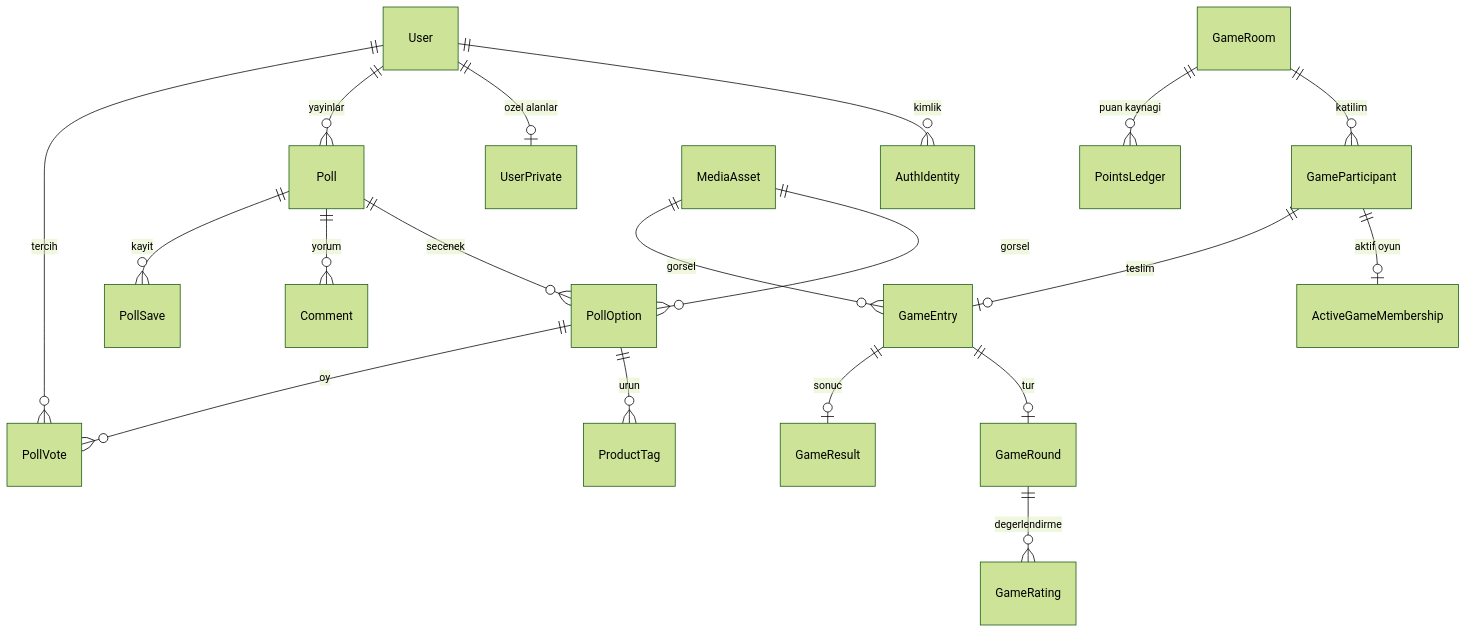
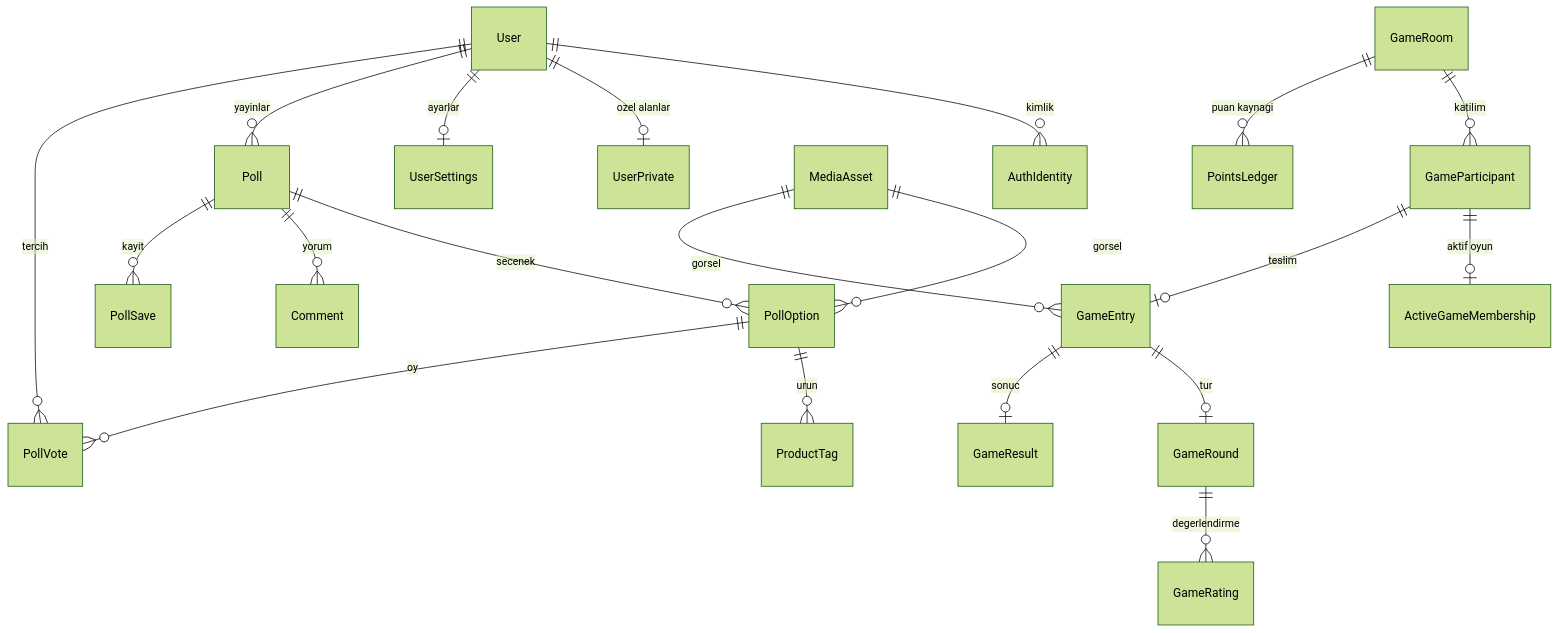
The diagram in docs/data-model.md (emrhnklc/Podyum), drawn with Mermaid (forest theme) before and after one commit. The commit also changed other lines of this file and 22 other files, not shown here.

Commit message:
Add user profiles, private analytics preferences and settings

````diff
--- a/docs/data-model.md
+++ b/docs/data-model.md
@@ -7,21 +7,22 @@
 ```mermaid
 erDiagram
     User ||--o{ AuthIdentity : "kimlik"
     User ||--o| UserPrivate : "ozel alanlar"
+    User ||--o| UserSettings : "ayarlar"
     User ||--o{ Poll : "yayinlar"
     User ||--o{ PollVote : "tercih"
     Poll ||--o{ PollOption : "secenek"
     PollOption ||--o{ ProductTag : "urun"
     PollOption ||--o{ PollVote : "oy"
     MediaAsset ||--o{ PollOption : "gorsel"
     Poll ||--o{ Comment : "yorum"
     Poll ||--o{ PollSave : "kayit"
     GameRoom ||--o{ GameParticipant : "katilim"
     GameParticipant ||--o| ActiveGameMembership : "aktif oyun"
     GameParticipant ||--o| GameEntry : "teslim"
     MediaAsset ||--o{ GameEntry : "gorsel"
     GameEntry ||--o| GameRound : "tur"
     GameRound ||--o{ GameRating : "degerlendirme"
     GameEntry ||--o| GameResult : "sonuc"
     GameRoom ||--o{ PointsLedger : "puan kaynagi"
 ```
````
